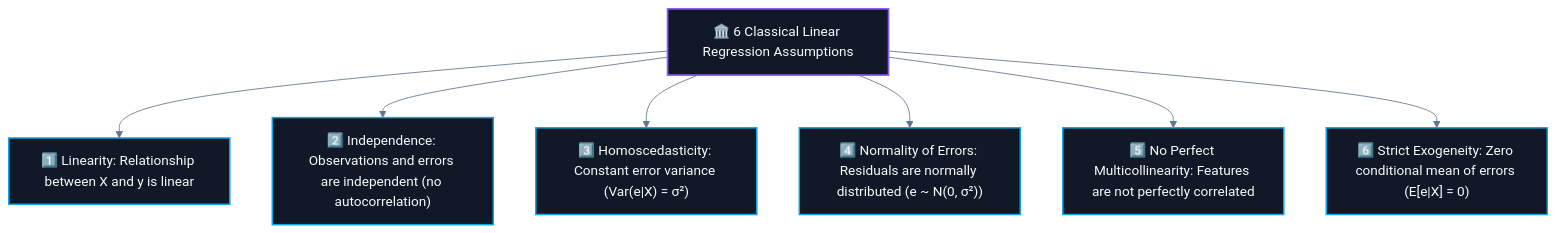
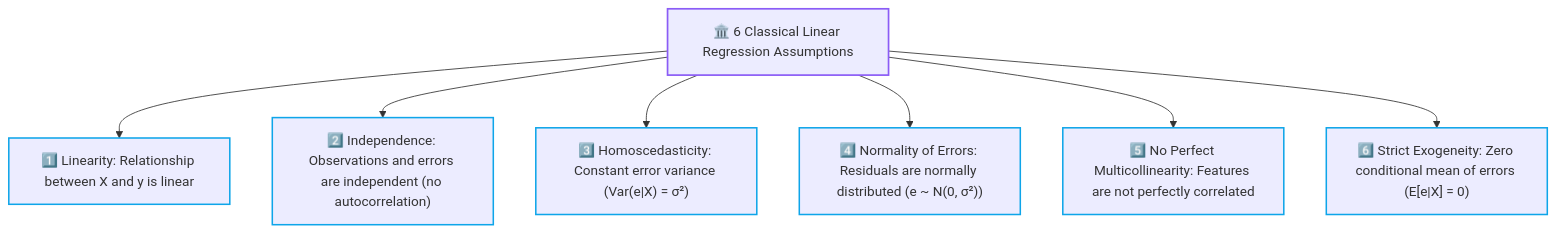
The third of 3 diagrams in CS/AI & ML/01. Classical ML/06. Linear Regression Assumptions.md (abhinavbharti2345/CS_Notes), drawn with Mermaid before and after one commit. The commit also changed other lines of this file and 91 other files, not shown here.

````diff
--- a/CS/AI & ML/01. Classical ML/06. Linear Regression Assumptions.md
+++ b/CS/AI & ML/01. Classical ML/06. Linear Regression Assumptions.md
@@ -291,18 +289,17 @@
 ```mermaid
-%%{init: {'theme': 'base', 'themeVariables': { 'darkMode': true, 'background': '#0B0F14', 'mainBkg': '#111827', 'primaryColor': '#111827', 'primaryTextColor': '#F8FAFC', 'primaryBorderColor': '#38BDF8', 'lineColor': '#64748B', 'secondaryColor': '#0B0F14', 'tertiaryColor': '#0B0F14', 'clusterBkg': '#0B0F14', 'clusterBorder': '#38BDF8' }}}%%
 flowchart TD
     Assump["🏛️ 6 Classical Linear Regression Assumptions"]
     
     Assump --> A1["1️⃣ Linearity: Relationship between X and y is linear"]
     Assump --> A2["2️⃣ Independence: Observations and errors are independent (no autocorrelation)"]
     Assump --> A3["3️⃣ Homoscedasticity: Constant error variance (Var(e|X) = σ²)"]
     Assump --> A4["4️⃣ Normality of Errors: Residuals are normally distributed (e ~ N(0, σ²))"]
     Assump --> A5["5️⃣ No Perfect Multicollinearity: Features are not perfectly correlated"]
     Assump --> A6["6️⃣ Strict Exogeneity: Zero conditional mean of errors (E[e|X] = 0)"]
 
-    classDef root fill:#111827,stroke:#8b5cf6,stroke-width:2px,color:#F8FAFC;
-    classDef branch fill:#111827,stroke:#0ea5e9,stroke-width:1.8px,color:#F8FAFC;
+    classDef root stroke:#8b5cf6,stroke-width:2px;
+    classDef branch stroke:#0ea5e9,stroke-width:1.8px;
 
     class Assump root;
     class A1,A2,A3,A4,A5,A6 branch;
 ```
````
